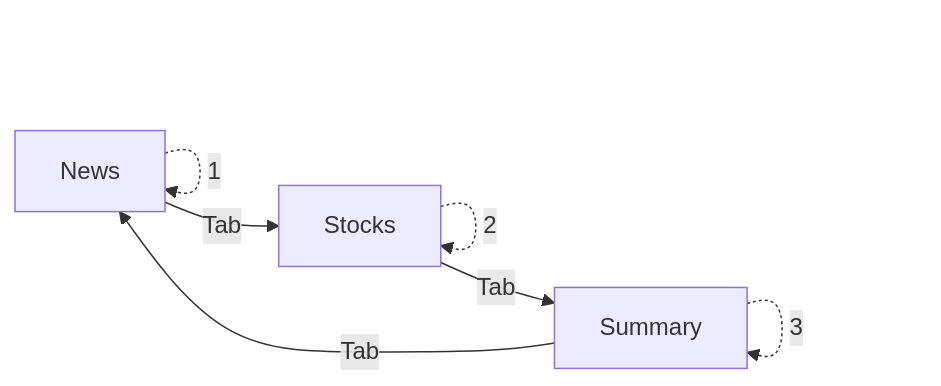
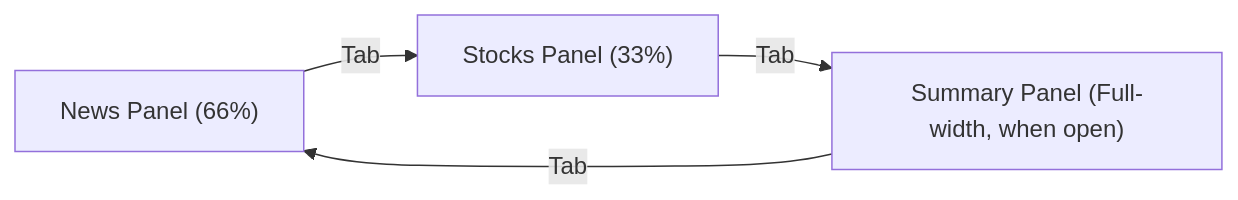
The fourth of 5 diagrams in docs/PRODUCT.md (toucham/morning-brief), drawn with Mermaid before and after one commit. The commit also changed other lines of this file and 16 other files, not shown here.

````diff
--- a/docs/PRODUCT.md
+++ b/docs/PRODUCT.md
@@ -112,7 +115,6 @@
 ```mermaid
 flowchart LR
-    News -->|Tab| Stocks -->|Tab| Summary -->|Tab| News
-    News -.->|"1"| News
-    Stocks -.->|"2"| Stocks
-    Summary -.->|"3"| Summary
+    News["News Panel (66%)"] -->|"Tab"| Stocks["Stocks Panel (33%)"]
+    Stocks -->|"Tab"| Summary["Summary Panel (Full-width, when open)"]
+    Summary -->|"Tab"| News
 ```
````
